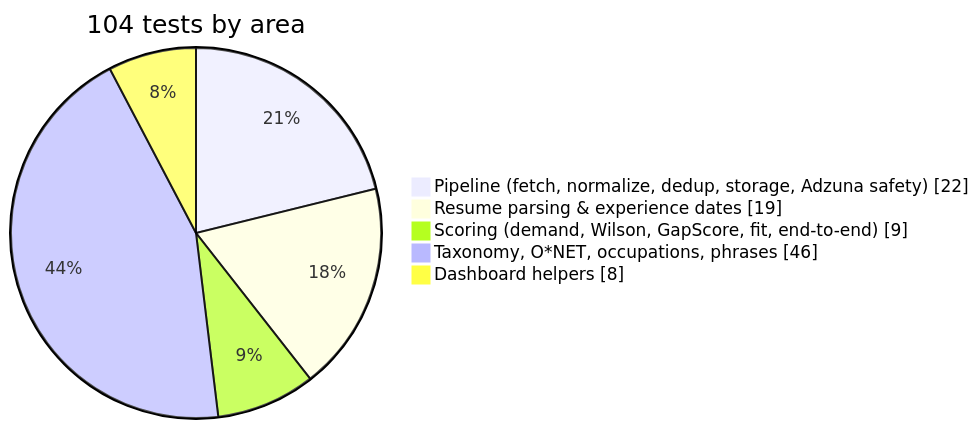
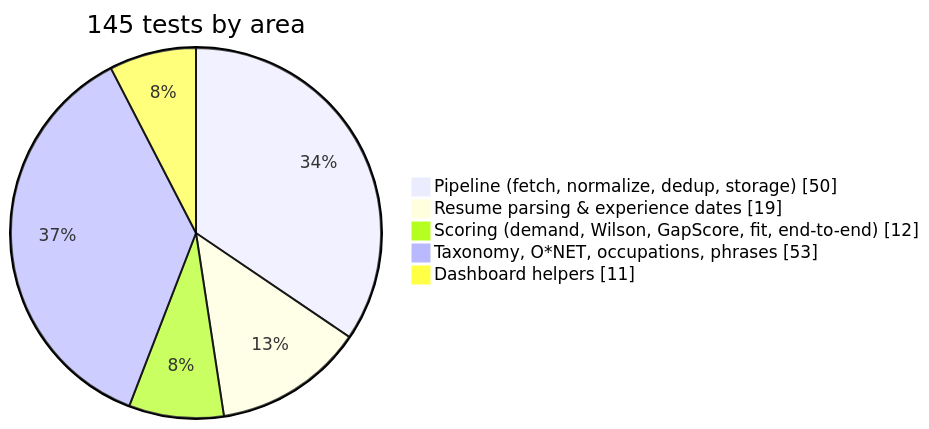
One commit to luislimon12/skills_gap_analyzer changed the seventh of 7 diagrams in docs/Skills Gap Analyzer - Complete Guide.md. Above: the diagram before and after it, drawn with Mermaid. The commit also changed other lines of this file and 22 other files, not shown here.

````diff
--- a/docs/Skills Gap Analyzer - Complete Guide.md
+++ b/docs/Skills Gap Analyzer - Complete Guide.md
@@ -492,9 +499,9 @@
 ```mermaid
 pie showData
-    title 104 tests by area
-    "Pipeline (fetch, normalize, dedup, storage, Adzuna safety)" : 22
+    title 145 tests by area
+    "Pipeline (fetch, normalize, dedup, storage)" : 50
     "Resume parsing & experience dates" : 19
-    "Scoring (demand, Wilson, GapScore, fit, end-to-end)" : 9
-    "Taxonomy, O*NET, occupations, phrases" : 46
-    "Dashboard helpers" : 8
+    "Scoring (demand, Wilson, GapScore, fit, end-to-end)" : 12
+    "Taxonomy, O*NET, occupations, phrases" : 53
+    "Dashboard helpers" : 11
 ```
````
